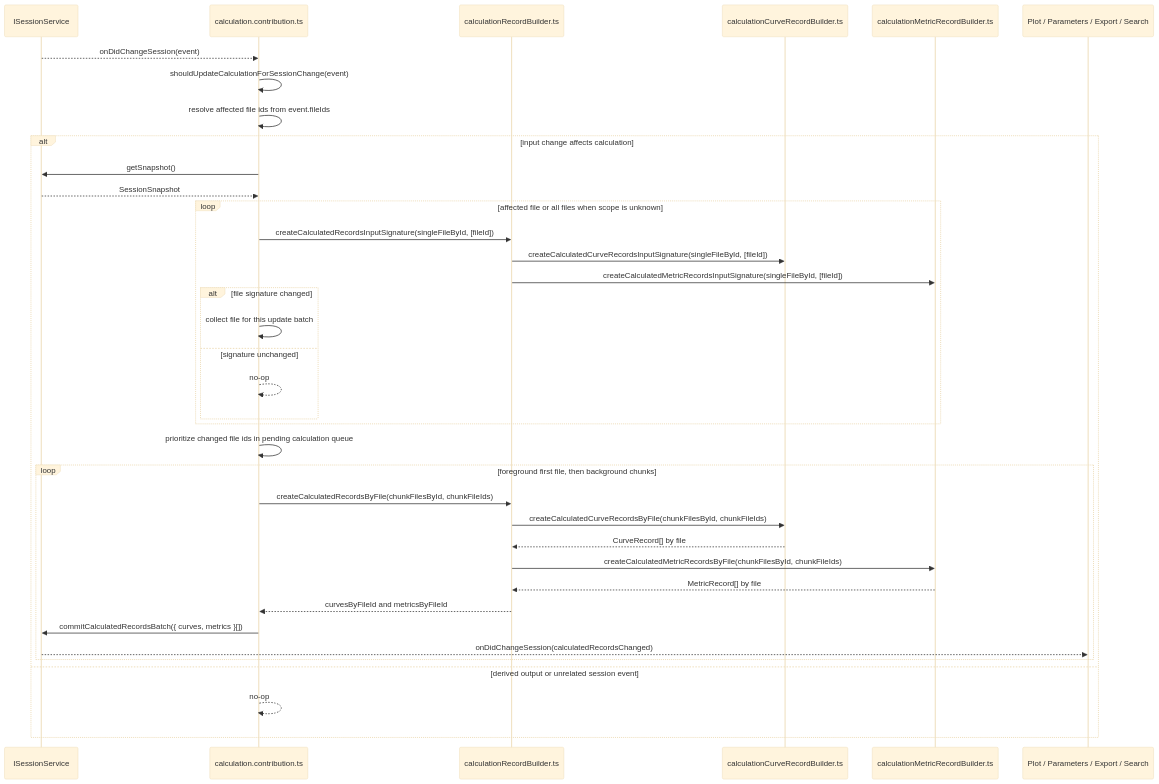
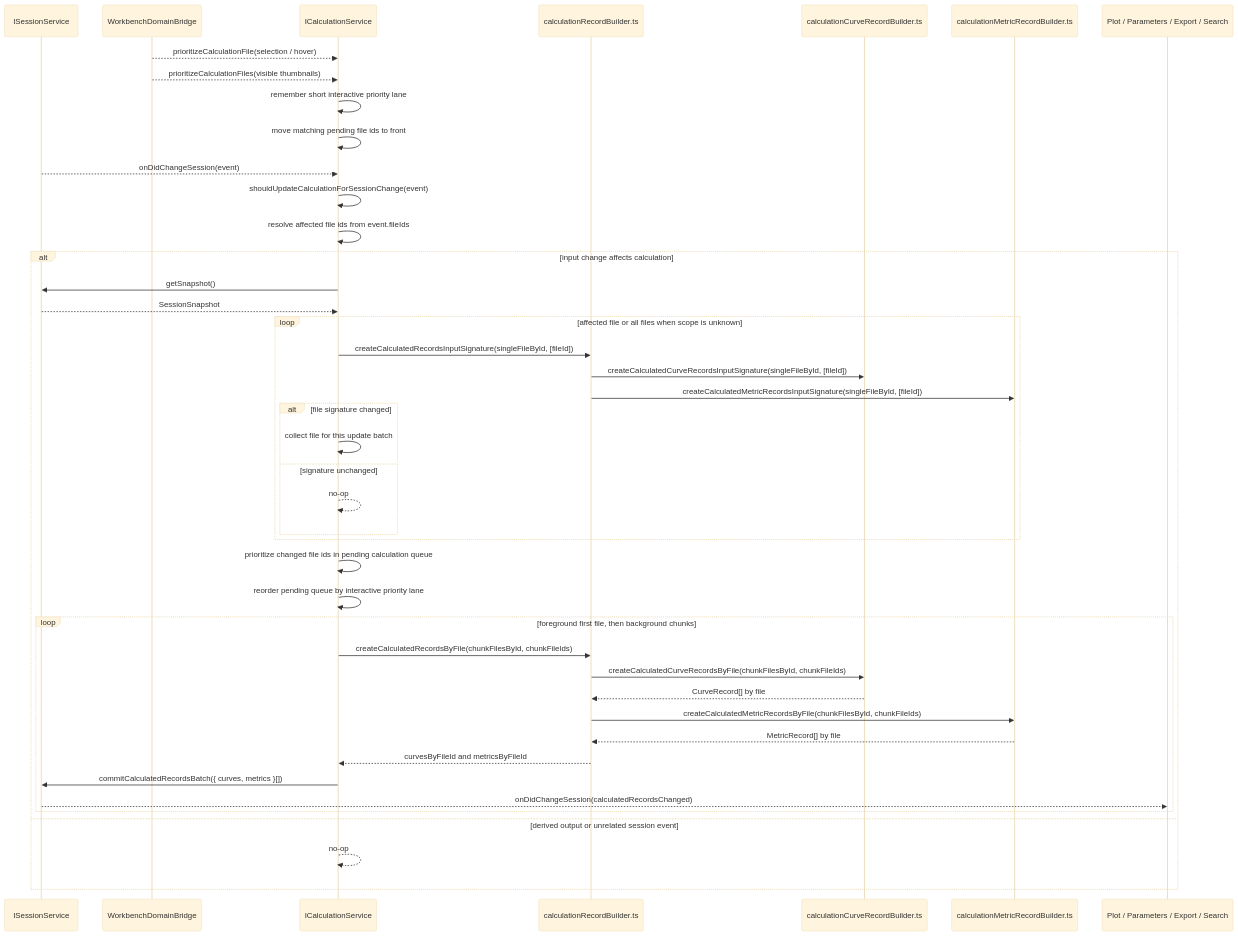
One commit to chogng/conductor changed the second of 2 diagrams in .github/instructions/calculation.instructions.md. Above: the diagram before and after it, drawn with Mermaid (base theme). The commit also changed other lines of this file and 13 other files, not shown here.

Commit message:
Wire calculation priority hints through workbench

````diff
--- a/.github/instructions/calculation.instructions.md
+++ b/.github/instructions/calculation.instructions.md
@@ -73,40 +81,46 @@
 ```mermaid
 sequenceDiagram
     participant Session as ISessionService
-    participant Contribution as calculation.contribution.ts
+    participant DomainBridge as WorkbenchDomainBridge
+    participant Calculation as ICalculationService
     participant Records as calculationRecordBuilder.ts
     participant Curves as calculationCurveRecordBuilder.ts
     participant Metrics as calculationMetricRecordBuilder.ts
     participant Consumers as Plot / Parameters / Export / Search
 
-    Session-->>Contribution: onDidChangeSession(event)
-    Contribution->>Contribution: shouldUpdateCalculationForSessionChange(event)
-    Contribution->>Contribution: resolve affected file ids from event.fileIds
+    DomainBridge-->>Calculation: prioritizeCalculationFile(selection / hover)
+    DomainBridge-->>Calculation: prioritizeCalculationFiles(visible thumbnails)
+    Calculation->>Calculation: remember short interactive priority lane
+    Calculation->>Calculation: move matching pending file ids to front
+    Session-->>Calculation: onDidChangeSession(event)
+    Calculation->>Calculation: shouldUpdateCalculationForSessionChange(event)
+    Calculation->>Calculation: resolve affected file ids from event.fileIds
     alt input change affects calculation
-        Contribution->>Session: getSnapshot()
-        Session-->>Contribution: SessionSnapshot
+        Calculation->>Session: getSnapshot()
+        Session-->>Calculation: SessionSnapshot
         loop affected file or all files when scope is unknown
-            Contribution->>Records: createCalculatedRecordsInputSignature(singleFileById, [fileId])
+            Calculation->>Records: createCalculatedRecordsInputSignature(singleFileById, [fileId])
             Records->>Curves: createCalculatedCurveRecordsInputSignature(singleFileById, [fileId])
             Records->>Metrics: createCalculatedMetricRecordsInputSignature(singleFileById, [fileId])
             alt file signature changed
-            Contribution->>Contribution: collect file for this update batch
+            Calculation->>Calculation: collect file for this update batch
         else signature unchanged
-            Contribution-->>Contribution: no-op
+            Calculation-->>Calculation: no-op
         end
         end
-        Contribution->>Contribution: prioritize changed file ids in pending calculation queue
+        Calculation->>Calculation: prioritize changed file ids in pending calculation queue
+        Calculation->>Calculation: reorder pending queue by interactive priority lane
         loop foreground first file, then background chunks
-            Contribution->>Records: createCalculatedRecordsByFile(chunkFilesById, chunkFileIds)
+            Calculation->>Records: createCalculatedRecordsByFile(chunkFilesById, chunkFileIds)
             Records->>Curves: createCalculatedCurveRecordsByFile(chunkFilesById, chunkFileIds)
             Curves-->>Records: CurveRecord[] by file
             Records->>Metrics: createCalculatedMetricRecordsByFile(chunkFilesById, chunkFileIds)
             Metrics-->>Records: MetricRecord[] by file
-            Records-->>Contribution: curvesByFileId and metricsByFileId
-            Contribution->>Session: commitCalculatedRecordsBatch({ curves, metrics }[])
+            Records-->>Calculation: curvesByFileId and metricsByFileId
+            Calculation->>Session: commitCalculatedRecordsBatch({ curves, metrics }[])
             Session-->>Consumers: onDidChangeSession(calculatedRecordsChanged)
         end
     else derived output or unrelated session event
-        Contribution-->>Contribution: no-op
+        Calculation-->>Calculation: no-op
     end
 ```
````
